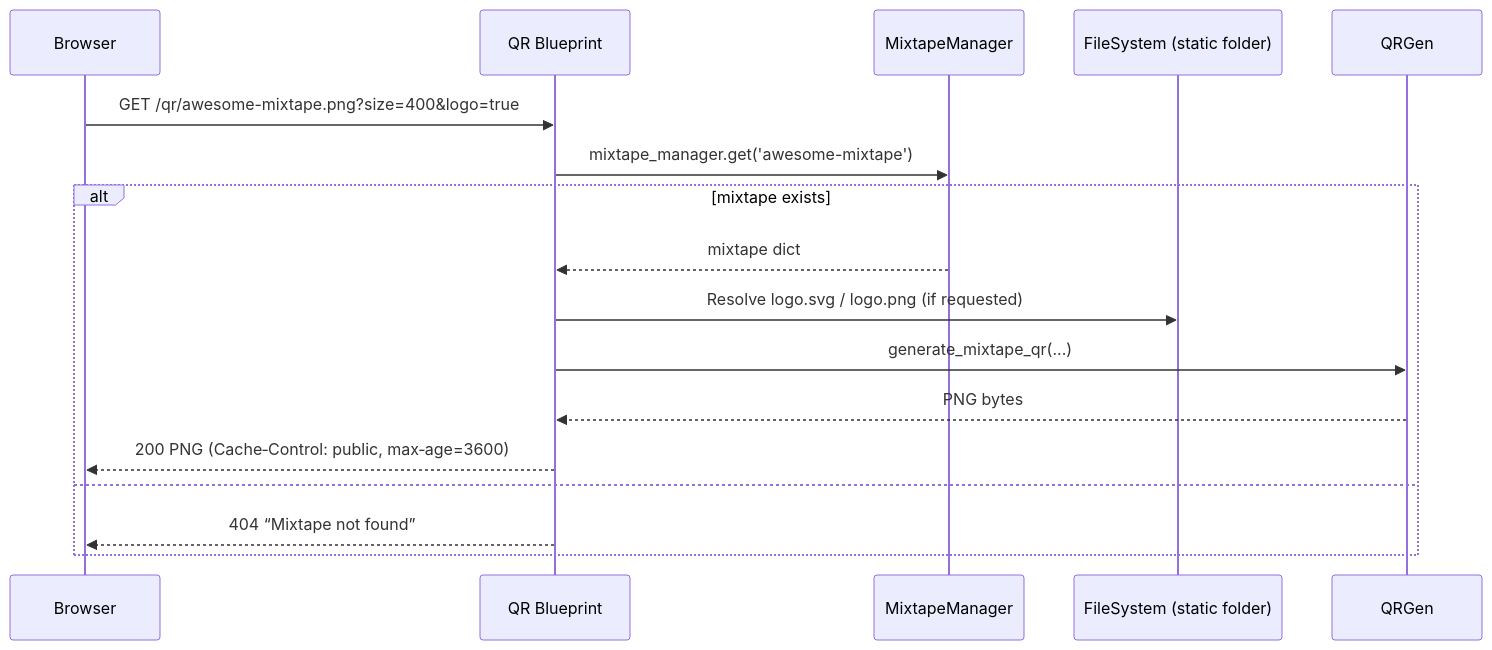
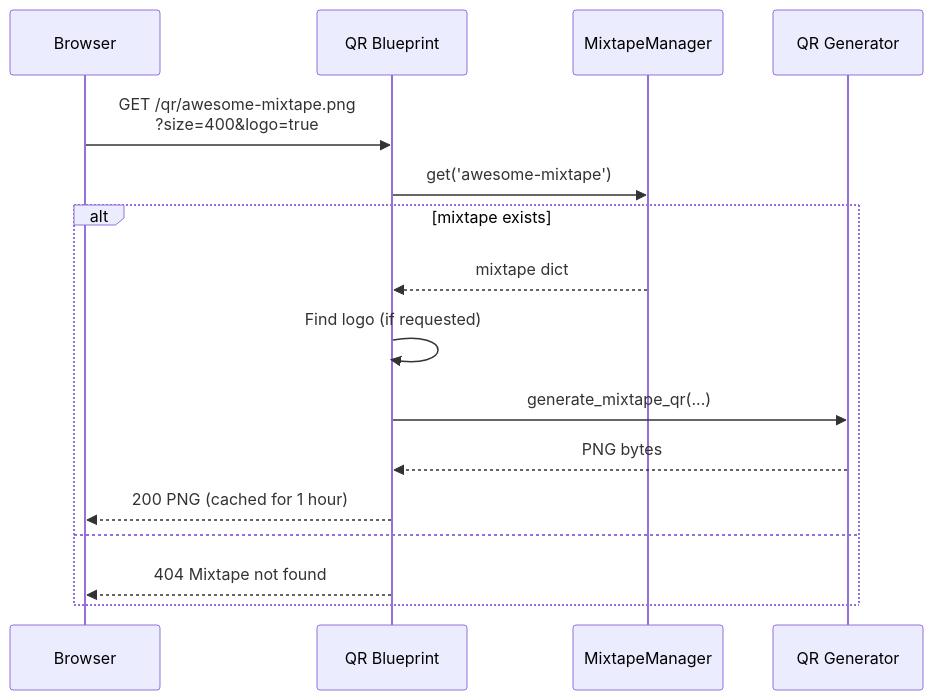
The first of 3 diagrams in docs/development/web-application/routes/qr-codes.md (mark-me/mixtape-society), drawn with Mermaid before and after one commit. The commit also changed other lines of this file and 19 other files, not shown here.

First line of the commit message:
Simplify unreadable diagrams and correct small errors in the docs

````diff
--- a/docs/development/web-application/routes/qr-codes.md
+++ b/docs/development/web-application/routes/qr-codes.md
@@ -27,19 +27,19 @@
 ```mermaid
 sequenceDiagram
     participant UI as Browser
     participant Flask as QR Blueprint
     participant MM as MixtapeManager
-    participant FS as FileSystem (static folder)
+    participant QRGen as QR Generator
 
-    UI->>Flask: GET /qr/awesome-mixtape.png?size=400&logo=true
-    Flask->>MM: mixtape_manager.get('awesome-mixtape')
+    UI->>Flask: GET /qr/awesome-mixtape.png<br/>?size=400&logo=true
+    Flask->>MM: get('awesome-mixtape')
     alt mixtape exists
         MM-->>Flask: mixtape dict
-        Flask->>FS: Resolve logo.svg / logo.png (if requested)
+        Flask->>Flask: Find logo (if requested)
         Flask->>QRGen: generate_mixtape_qr(...)
         QRGen-->>Flask: PNG bytes
-        Flask-->>UI: 200 PNG (Cache‑Control: public, max‑age=3600)
+        Flask-->>UI: 200 PNG (cached for 1 hour)
     else
-        Flask-->>UI: 404 “Mixtape not found”
+        Flask-->>UI: 404 Mixtape not found
     end
 ```
````
